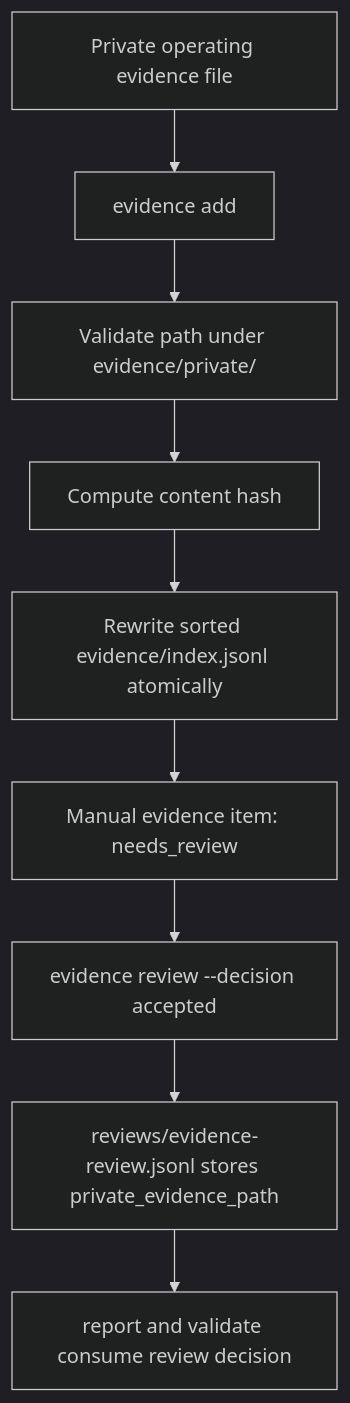
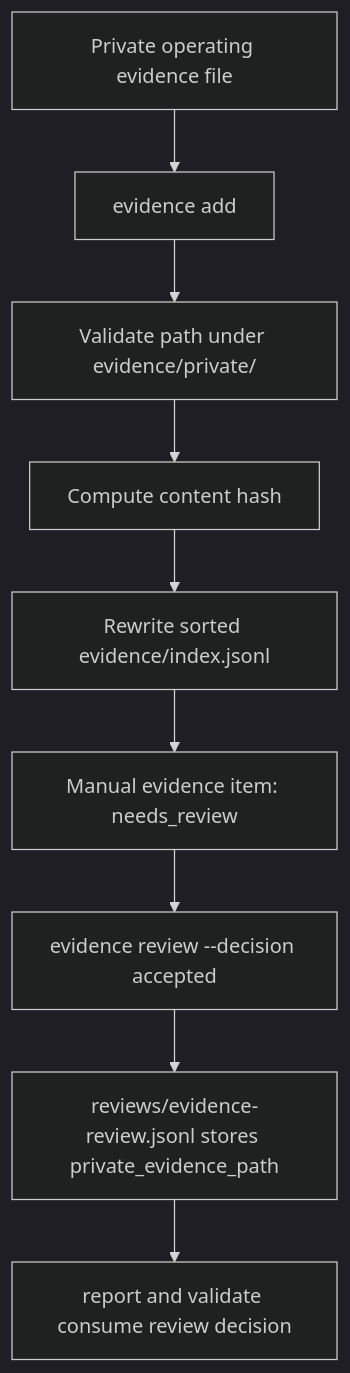
Before and after one commit to Ustay-coder/isms-p-agent: the diagram in docs/superpowers/specs/2026-05-29-evidence-add-design.md, drawn with Mermaid (dark theme). The commit also changed other lines of this file and 1 other file, not shown here.

Commit message:
docs: plan evidence add implementation

````diff
--- a/docs/superpowers/specs/2026-05-29-evidence-add-design.md
+++ b/docs/superpowers/specs/2026-05-29-evidence-add-design.md
@@ -147,11 +147,11 @@
 ```mermaid
 flowchart TD
   A["Private operating evidence file"] --> B["evidence add"]
   B --> C["Validate path under evidence/private/"]
   C --> D["Compute content hash"]
-  D --> E["Rewrite sorted evidence/index.jsonl atomically"]
+  D --> E["Rewrite sorted evidence/index.jsonl"]
   E --> F["Manual evidence item: needs_review"]
   F --> G["evidence review --decision accepted"]
   G --> H["reviews/evidence-review.jsonl stores private_evidence_path"]
   H --> I["report and validate consume review decision"]
 ```
````
